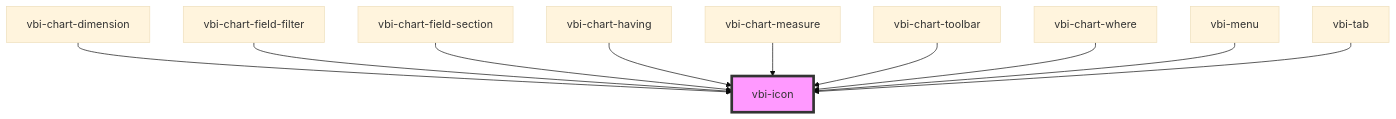
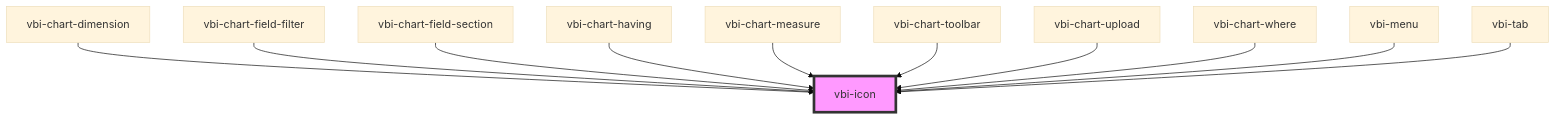
The diagram in packages/vbi-component/src/components/ui/vbi-icon/readme.md (Ditto190/VBI-modme), drawn with Mermaid (base theme) before and after one commit. The commit also changed other lines of this file and 20 other files, not shown here.

Commit message:
feat(vbi-component): add CSV upload

````diff
--- a/packages/vbi-component/src/components/ui/vbi-icon/readme.md
+++ b/packages/vbi-component/src/components/ui/vbi-icon/readme.md
@@ -32,13 +33,14 @@
 ```mermaid
 graph TD;
   vbi-chart-dimension --> vbi-icon
   vbi-chart-field-filter --> vbi-icon
   vbi-chart-field-section --> vbi-icon
   vbi-chart-having --> vbi-icon
   vbi-chart-measure --> vbi-icon
   vbi-chart-toolbar --> vbi-icon
+  vbi-chart-upload --> vbi-icon
   vbi-chart-where --> vbi-icon
   vbi-menu --> vbi-icon
   vbi-tab --> vbi-icon
   style vbi-icon fill:#f9f,stroke:#333,stroke-width:4px
 ```
````
